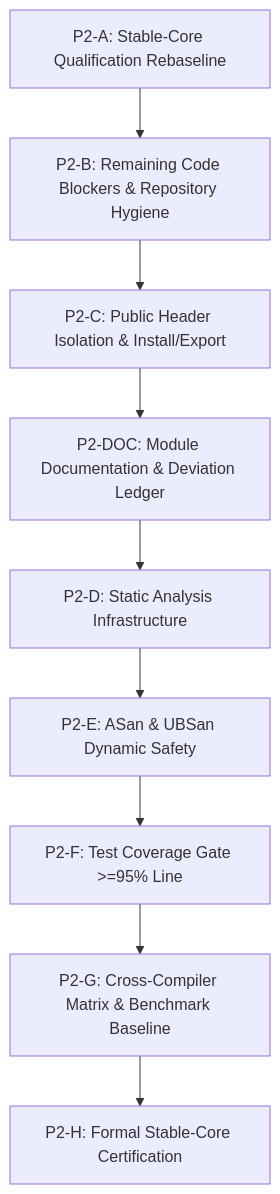
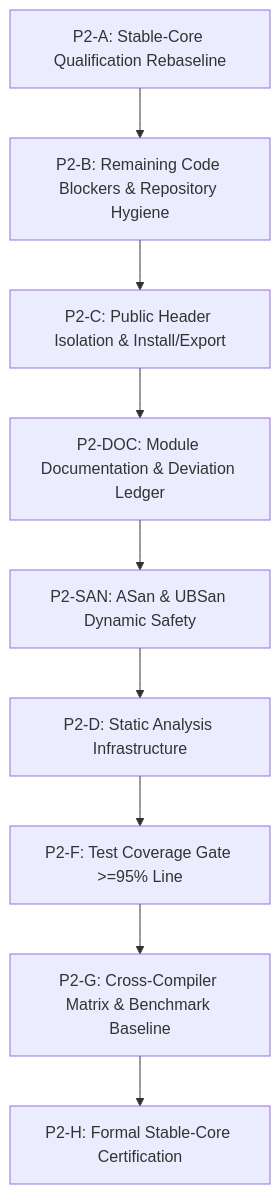
Before and after one commit to steven1n/Vectoris: the diagram in docs/audits/AegisMathLib_Stable_Core_Qualification_v1.md, drawn with Mermaid. The commit also changed other lines of this file, not shown here.

First line of the commit message:
docs(audit): qualify ASan and UBSan gates

````diff
--- a/docs/audits/AegisMathLib_Stable_Core_Qualification_v1.md
+++ b/docs/audits/AegisMathLib_Stable_Core_Qualification_v1.md
@@ -197,11 +218,11 @@
 ```mermaid
 graph TD
     P2A[P2-A: Stable-Core Qualification Rebaseline] --> P2B[P2-B: Remaining Code Blockers & Repository Hygiene]
     P2B --> P2C[P2-C: Public Header Isolation & Install/Export]
     P2C --> P2DOC[P2-DOC: Module Documentation & Deviation Ledger]
-    P2DOC --> P2D[P2-D: Static Analysis Infrastructure]
-    P2D --> P2E[P2-E: ASan & UBSan Dynamic Safety]
-    P2E --> P2F[P2-F: Test Coverage Gate >=95% Line]
+    P2DOC --> P2SAN[P2-SAN: ASan & UBSan Dynamic Safety]
+    P2SAN --> P2D[P2-D: Static Analysis Infrastructure]
+    P2D --> P2F[P2-F: Test Coverage Gate >=95% Line]
     P2F --> P2G[P2-G: Cross-Compiler Matrix & Benchmark Baseline]
     P2G --> P2H[P2-H: Formal Stable-Core Certification]
 ```
````
